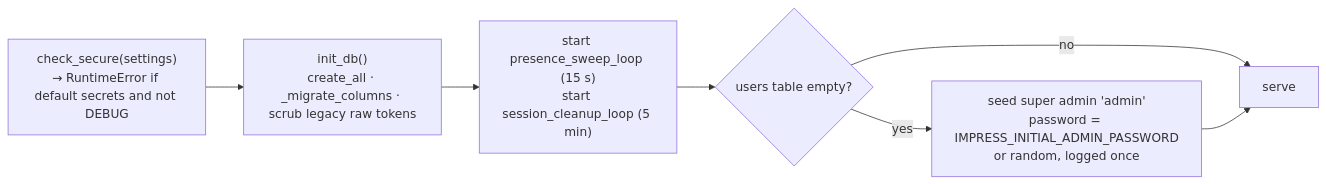
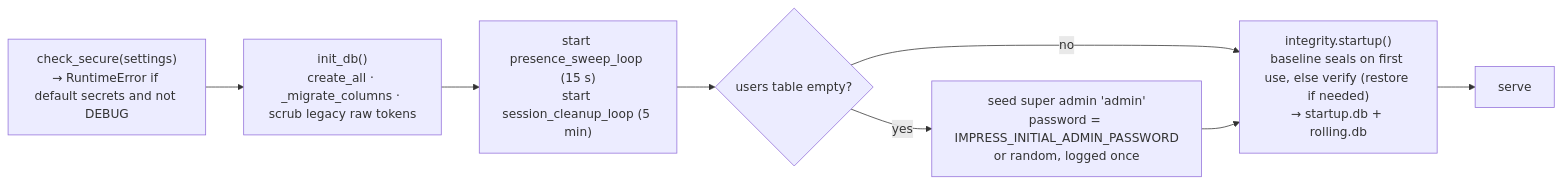
Before and after one commit to Kush-Kelaiya22/imPress: the third of 4 diagrams in docs/architecture/backend.md, drawn with Mermaid. The commit also changed other lines of this file and 12 other files, not shown here.

````diff
--- a/docs/architecture/backend.md
+++ b/docs/architecture/backend.md
@@ -116,9 +120,10 @@
 ```mermaid
 flowchart LR
     A["check_secure(settings)<br/>→ RuntimeError if default secrets and not DEBUG"] --> B["init_db()<br/>create_all · _migrate_columns · scrub legacy raw tokens"]
     B --> C["start presence_sweep_loop (15 s)<br/>start session_cleanup_loop (5 min)"]
     C --> D{"users table empty?"}
     D -- yes --> E["seed super admin 'admin'<br/>password = IMPRESS_INITIAL_ADMIN_PASSWORD<br/>or random, logged once"]
-    D -- no --> F["serve"]
-    E --> F
+    D -- no --> G
+    E --> G["integrity.startup()<br/>baseline seals on first use, else verify (restore if needed)<br/>→ startup.db + rolling.db"]
+    G --> F["serve"]
 ```
````
